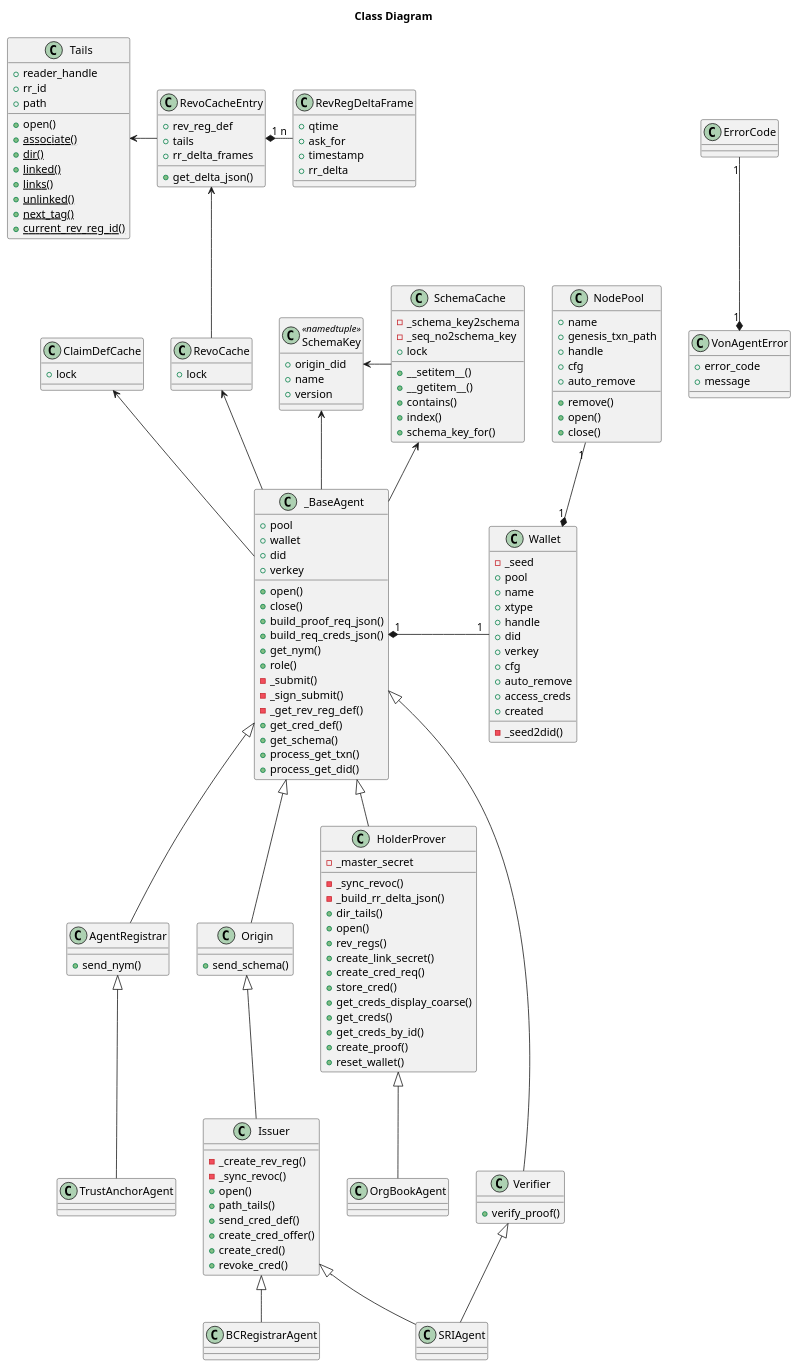
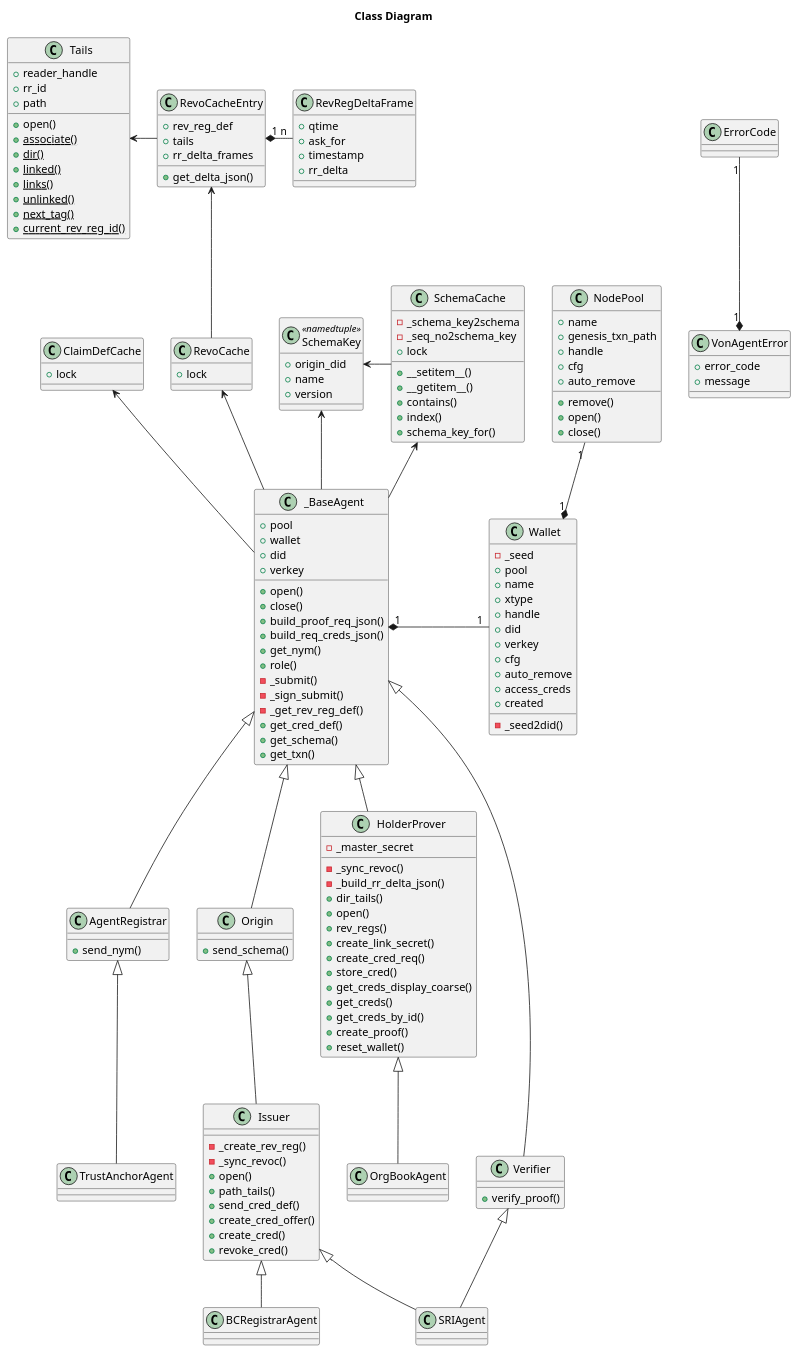
The diagram in doc/pic/src/class.puml (PSPC-SPAC-buyandsell/von_base), drawn with PlantUML before and after one commit. The commit also changed 2 other files, not shown here.

```diff
--- a/doc/pic/src/class.puml
+++ b/doc/pic/src/class.puml
@@ -120,8 +120,7 @@
     -_get_rev_reg_def()
     +get_cred_def()
     +get_schema()
-    +process_get_txn()
-    +process_get_did()
+    +get_txn()
 }
 
 class AgentRegistrar {
```
